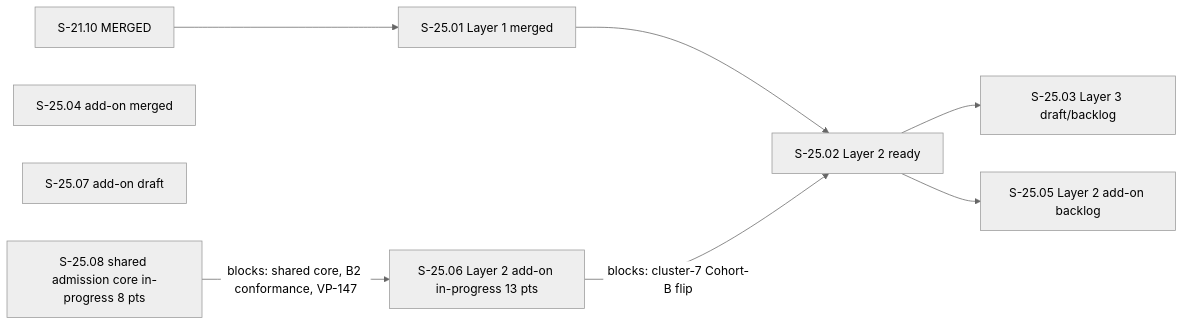
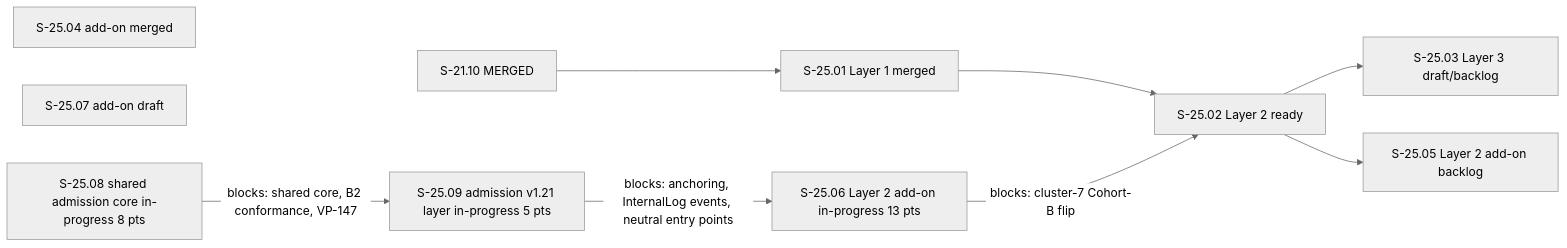
Before and after one commit to BOHICA-LABS/vsdd-factory: the diagram in stories/epics/E-25-validation-integrity.md, drawn with Mermaid (neutral theme). The commit also changed other lines of this file and 29 other files, not shown here.

````diff
--- a/stories/epics/E-25-validation-integrity.md
+++ b/stories/epics/E-25-validation-integrity.md
@@ -203,19 +208,21 @@
 ```mermaid
 graph LR
   S21_10[S-21.10 MERGED]
   S25_01[S-25.01 Layer 1 merged]
   S25_02[S-25.02 Layer 2 ready]
   S25_03[S-25.03 Layer 3 draft/backlog]
   S25_04[S-25.04 add-on merged]
   S25_05[S-25.05 Layer 2 add-on backlog]
   S25_06[S-25.06 Layer 2 add-on in-progress 13 pts]
   S25_07[S-25.07 add-on draft]
   S25_08[S-25.08 shared admission core in-progress 8 pts]
+  S25_09[S-25.09 admission v1.21 layer in-progress 5 pts]
 
   S21_10 --> S25_01
   S25_01 --> S25_02
-  S25_08 -->|blocks: shared core, B2 conformance, VP-147| S25_06
+  S25_08 -->|blocks: shared core, B2 conformance, VP-147| S25_09
+  S25_09 -->|blocks: anchoring, InternalLog events, neutral entry points| S25_06
   S25_06 -->|blocks: cluster-7 Cohort-B flip| S25_02
   S25_02 --> S25_03
   S25_02 --> S25_05
 ```
````
